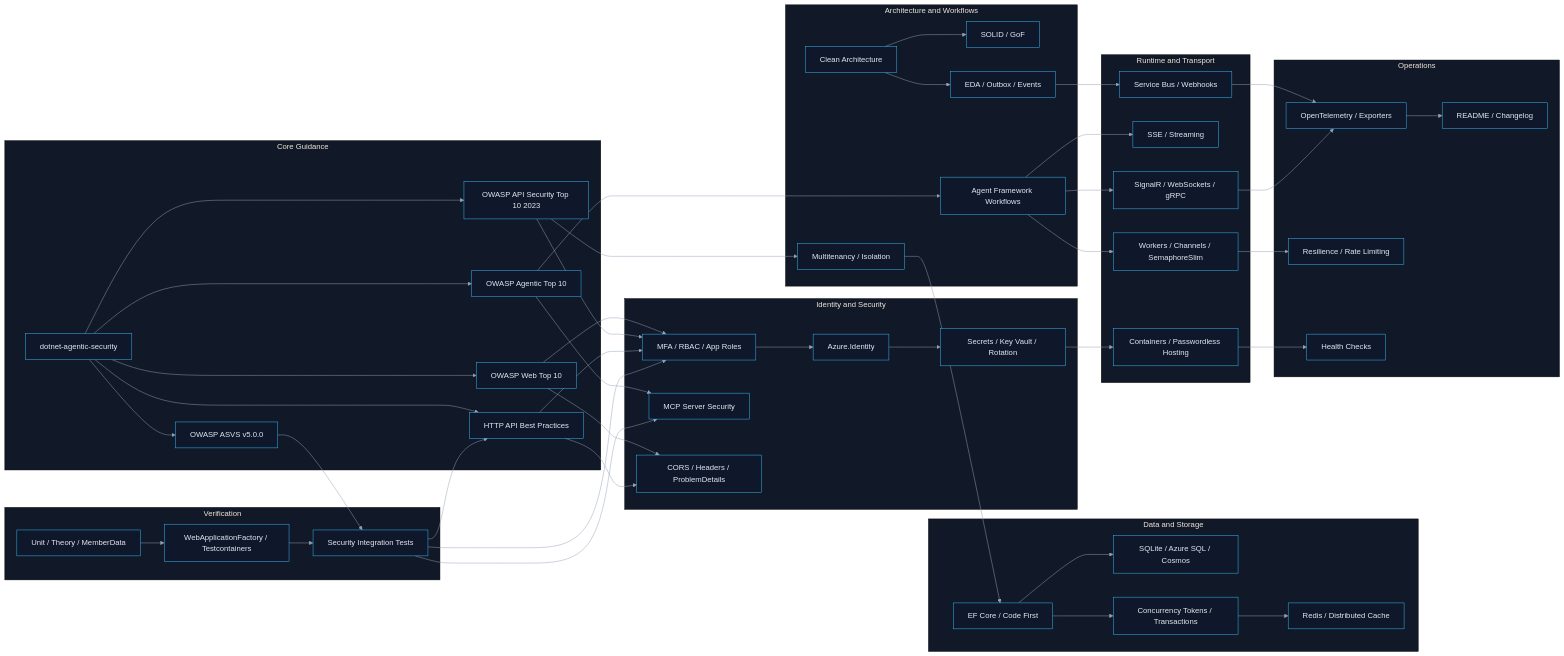
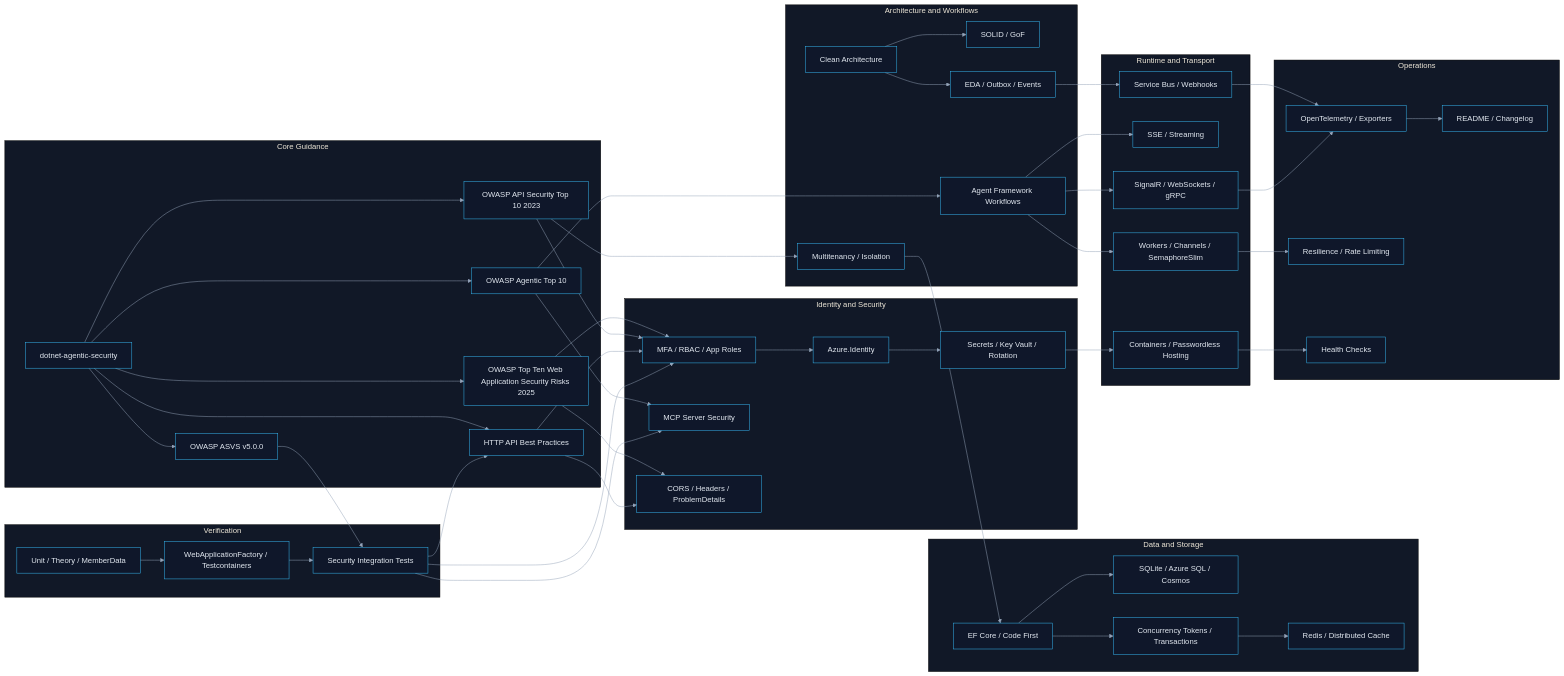
The diagram in dotnet-agentic-security/references/overview/topic-relationship-map.md (garrardkitchen/skills), drawn with Mermaid before and after one commit. The commit also changed 16 other files, not shown here.

First line of the commit message:
feat: Enhance security documentation with OWASP Top Ten 2025 guidance (#1)

```diff
--- a/dotnet-agentic-security/references/overview/topic-relationship-map.md
+++ b/dotnet-agentic-security/references/overview/topic-relationship-map.md
@@ -23,7 +23,7 @@
   subgraph Core["Core Guidance"]
     Skill["dotnet-agentic-security"]
     OwaspAgentic["OWASP Agentic Top 10"]
-    OwaspWeb["OWASP Web Top 10"]
+    OwaspWeb["OWASP Top Ten Web Application Security Risks 2025"]
     OwaspApi["OWASP API Security Top 10 2023"]
     Asvs["OWASP ASVS v5.0.0"]
     HttpApis["HTTP API Best Practices"]
```
